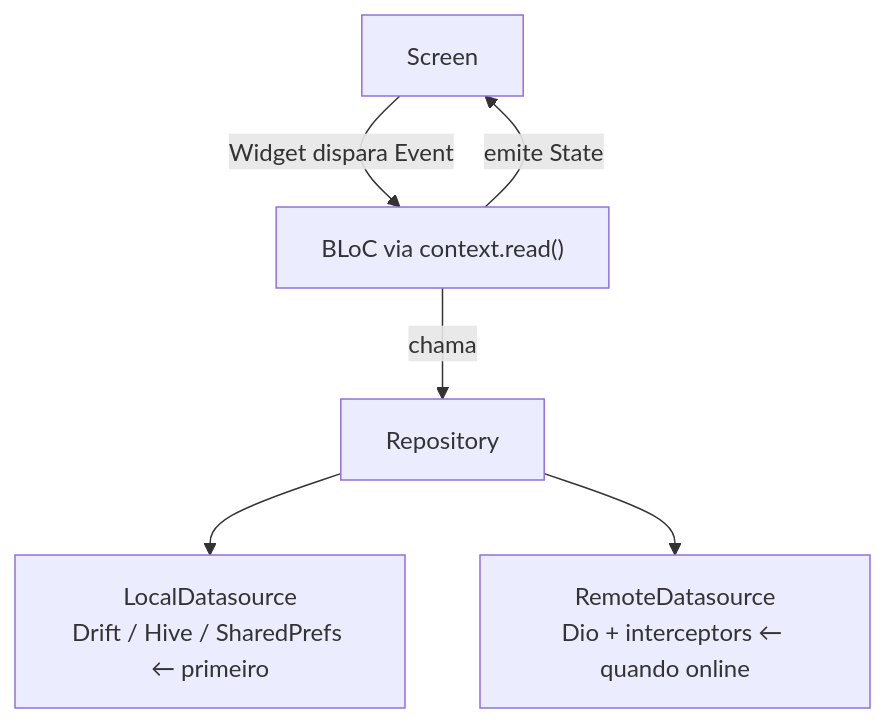
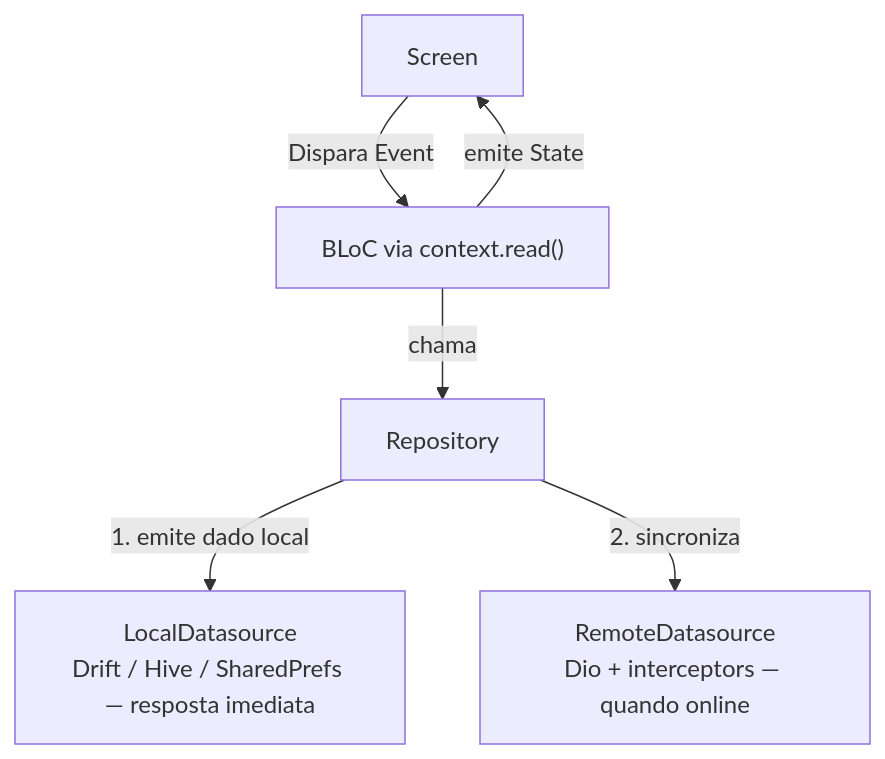
The second of 2 diagrams in code/mobile/README.md (marcosffp/biblioo), drawn with Mermaid before and after one commit. The commit also changed other lines of this file and 9 other files, not shown here.

````diff
--- a/code/mobile/README.md
+++ b/code/mobile/README.md
@@ -525,14 +527,14 @@
 ```mermaid
 flowchart TD
     SC["Screen"]
     BL["BLoC via context.read()"]
     RP["Repository"]
-    LD["LocalDatasource\nDrift / Hive / SharedPrefs ← primeiro"]
-    RD["RemoteDatasource\nDio + interceptors ← quando online"]
+    LD["LocalDatasource\nDrift / Hive / SharedPrefs — resposta imediata"]
+    RD["RemoteDatasource\nDio + interceptors — quando online"]
 
-    SC -->|"Widget dispara Event"| BL
+    SC -->|"Dispara Event"| BL
     BL -->|"chama"| RP
-    RP --> LD
-    RP --> RD
+    RP -->|"1. emite dado local"| LD
+    RP -->|"2. sincroniza"| RD
     BL -->|"emite State"| SC
 ```
````
